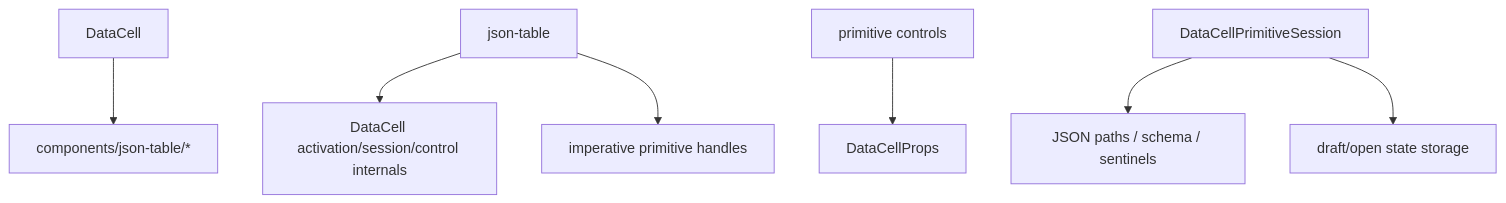
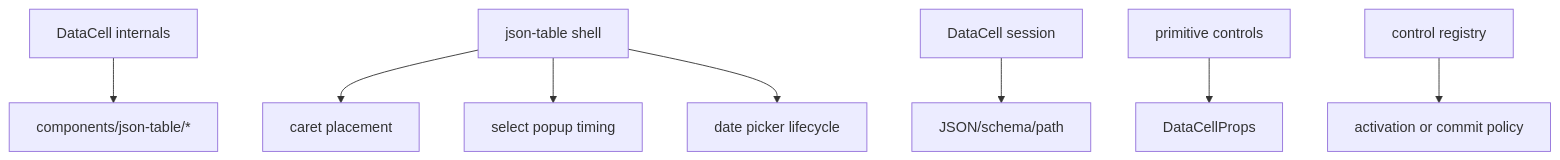
The second of 3 diagrams in design/data-cell-json-table-bare-metal-primitive-blueprint.md (retab-dev/retab-ui), drawn with Mermaid before and after one commit. The commit also changed other lines of this file and 156 other files, not shown here.

````diff
--- a/design/data-cell-json-table-bare-metal-primitive-blueprint.md
+++ b/design/data-cell-json-table-bare-metal-primitive-blueprint.md
@@ -108,9 +77,10 @@
 ```mermaid
 flowchart TD
-  DataCell["DataCell"] --> TableInternals["components/json-table/*"]
-  Table["json-table"] --> DataCellInternals["DataCell activation/session/control internals"]
-  Controls["primitive controls"] --> PublicProps["DataCellProps"]
-  Table --> Handles["imperative primitive handles"]
-  Session["DataCellPrimitiveSession"] --> Json["JSON paths / schema / sentinels"]
-  Session --> ControlledState["draft/open state storage"]
+  DataCell["DataCell internals"] --> Table["components/json-table/*"]
+  TableShell["json-table shell"] --> Caret["caret placement"]
+  TableShell --> Select["select popup timing"]
+  TableShell --> Picker["date picker lifecycle"]
+  Session["DataCell session"] --> Json["JSON/schema/path"]
+  Control["primitive controls"] --> PublicProps["DataCellProps"]
+  Registry["control registry"] --> Policy["activation or commit policy"]
 ```
````
